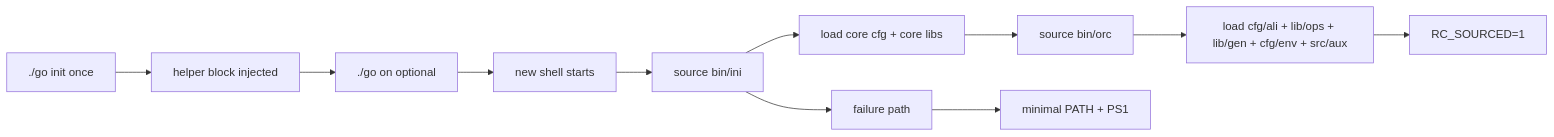
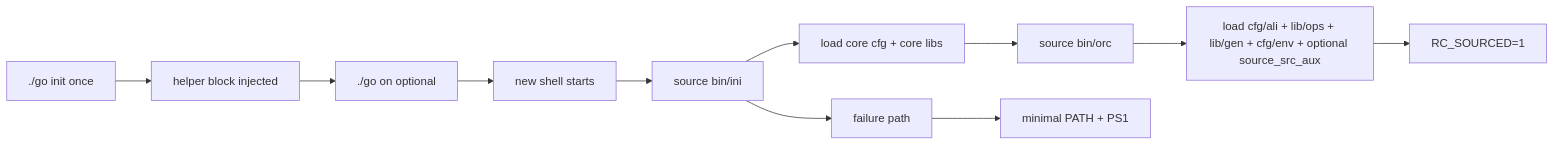
One commit to woeiru/lab changed the second of 2 diagrams in doc/arc/01-bootstrap-and-orchestration.md. Above: the diagram before and after it, drawn with Mermaid. The commit also changed other lines of this file and 5 other files, not shown here.

First line of the commit message:
docs: update architecture overview and orchestration details

````diff
--- a/doc/arc/01-bootstrap-and-orchestration.md
+++ b/doc/arc/01-bootstrap-and-orchestration.md
@@ -96,13 +96,13 @@
 ```mermaid
 flowchart LR
     A[./go init once] --> B[helper block injected]
     B --> C[./go on optional]
     C --> D[new shell starts]
     D --> E[source bin/ini]
     E --> F[load core cfg + core libs]
     F --> G[source bin/orc]
-    G --> H[load cfg/ali + lib/ops + lib/gen + cfg/env + src/aux]
+    G --> H[load cfg/ali + lib/ops + lib/gen + cfg/env + optional source_src_aux]
     H --> I[RC_SOURCED=1]
     E --> J[failure path]
     J --> K[minimal PATH + PS1]
 ```
````
